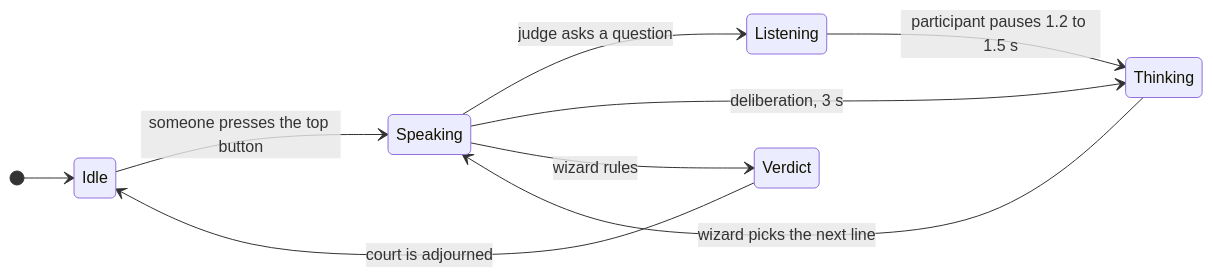
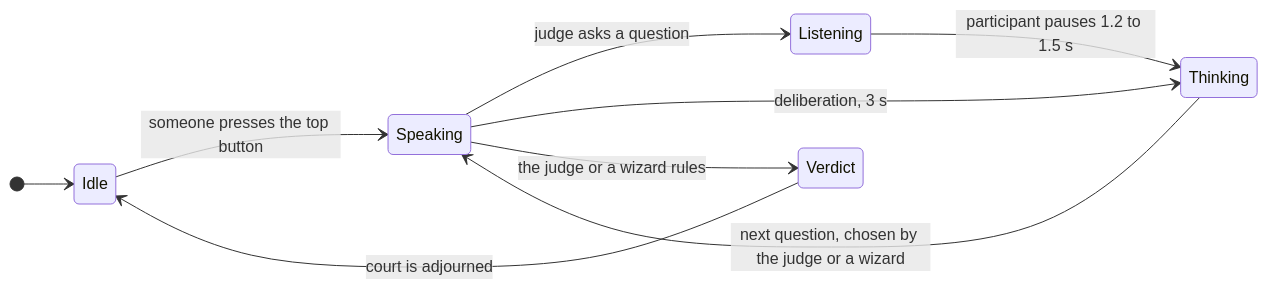
Before and after one commit to eliu1122/Interactive-Lab-Hub: the diagram in Lab 3/README.md, drawn with Mermaid. The commit also changed other lines of this file and 5 other files, not shown here.

Commit message:
Let the Mini Judge run a whole case on its own, with wizard mode as an option

````diff
--- a/Lab 3/README.md
+++ b/Lab 3/README.md
@@ -294,12 +294,12 @@
 ```mermaid
 stateDiagram-v2
     direction LR
     [*] --> Idle
     Idle --> Speaking: someone presses the top button
     Speaking --> Listening: judge asks a question
     Listening --> Thinking: participant pauses 1.2 to 1.5 s
-    Thinking --> Speaking: wizard picks the next line
+    Thinking --> Speaking: next question, chosen by the judge or a wizard
     Speaking --> Thinking: deliberation, 3 s
-    Speaking --> Verdict: wizard rules
+    Speaking --> Verdict: the judge or a wizard rules
     Verdict --> Idle: court is adjourned
 ```
````
